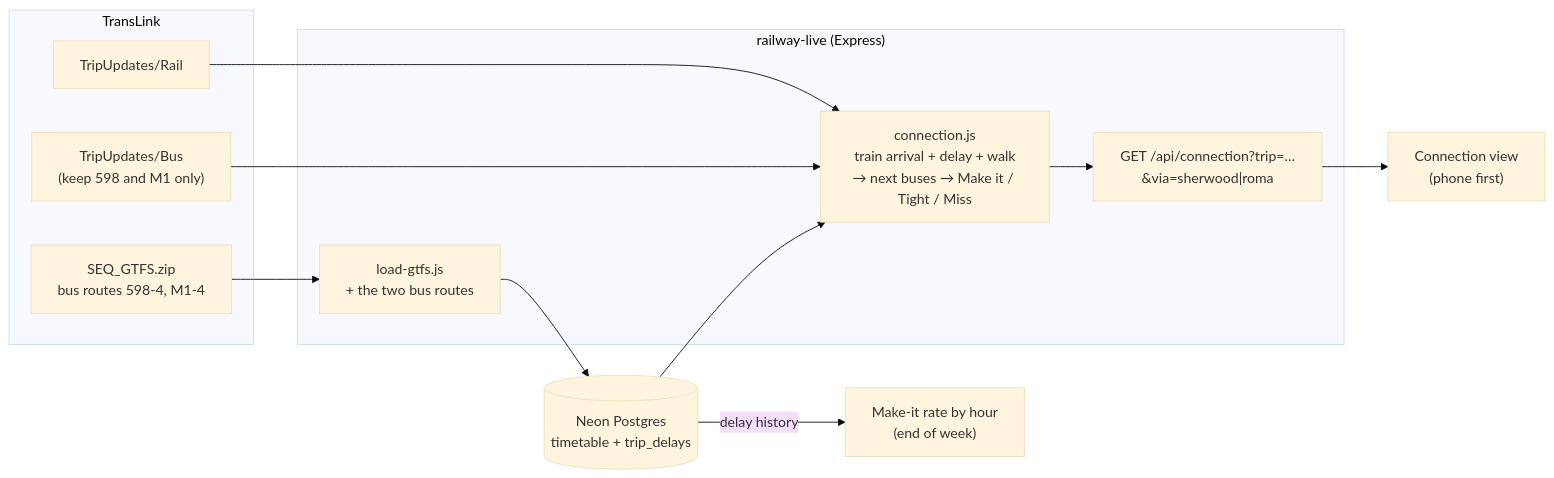
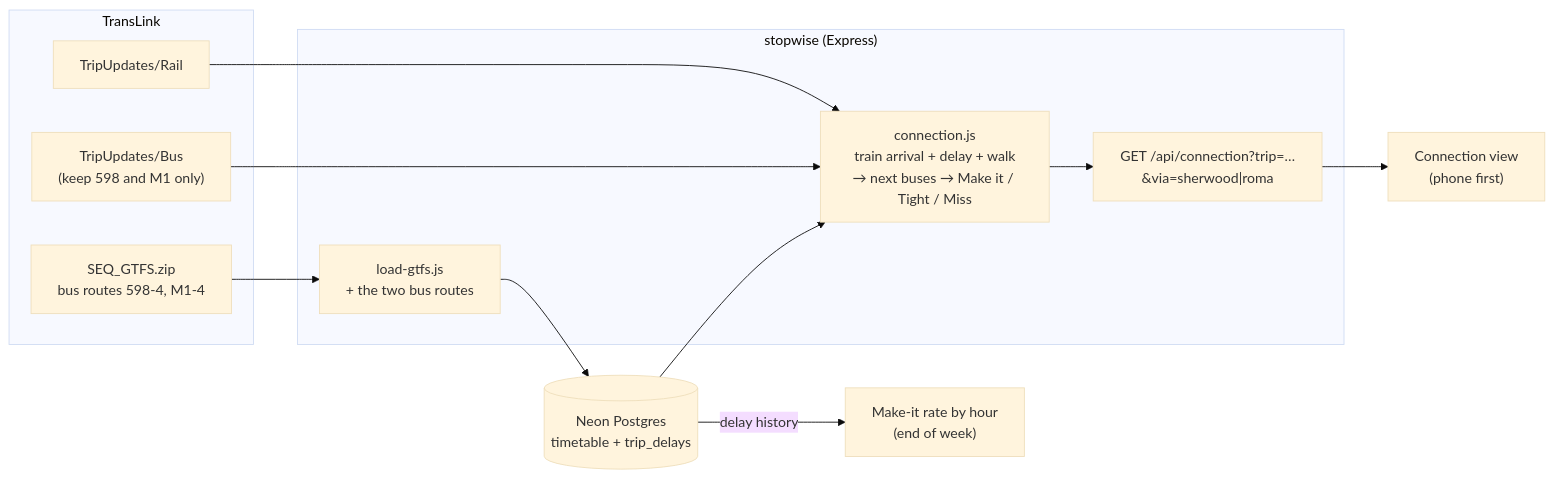
The diagram in docs/connections.md (vy-trg/railway-live), drawn with Mermaid (base theme) before and after one commit. The commit also changed other lines of this file and 13 other files, not shown here.

Commit message:
Rename Railway Live to Stopwise: it now covers buses, trams and ferries too

````diff
--- a/docs/connections.md
+++ b/docs/connections.md
@@ -33,21 +33,21 @@
 ```mermaid
 flowchart LR
     subgraph TL["TransLink"]
         RT["TripUpdates/Rail"]
         BT["TripUpdates/Bus<br/>(keep 598 and M1 only)"]
         ZIP["SEQ_GTFS.zip<br/>bus routes 598-4, M1-4"]
     end
-    subgraph Server["railway-live (Express)"]
+    subgraph Server["stopwise (Express)"]
         Load["load-gtfs.js<br/>+ the two bus routes"]
         Model["connection.js<br/>train arrival + delay + walk<br/>→ next buses → Make it / Tight / Miss"]
         API["GET /api/connection?trip=…&via=sherwood|roma"]
     end
     PG[("Neon Postgres<br/>timetable + trip_delays")]
     UI["Connection view<br/>(phone first)"]
 
     ZIP --> Load --> PG
     RT --> Model
     BT --> Model
     PG --> Model --> API --> UI
     PG -- "delay history" --> Reliability["Make-it rate by hour<br/>(end of week)"]
 ```
````
